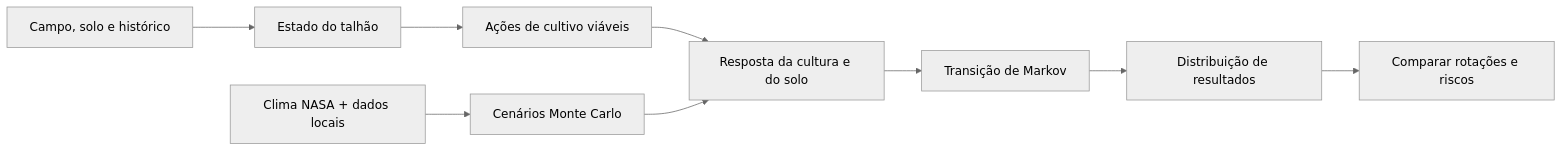
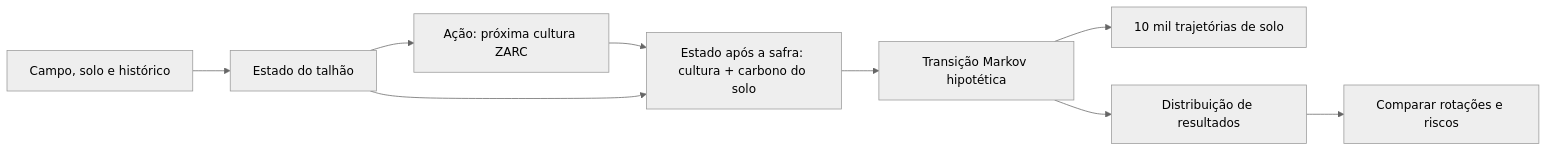
Before and after one commit to Gabriel-ASM/field-shift: the diagram in README.md, drawn with Mermaid (neutral theme). The commit also changed other lines of this file and 15 other files, not shown here.

````diff
--- a/README.md
+++ b/README.md
@@ -17,11 +17,11 @@
 ```mermaid
 flowchart LR
     A[Campo, solo e histórico] --> S[Estado do talhão]
-    B[Clima NASA + dados locais] --> M[Cenários Monte Carlo]
-    S --> D[Ações de cultivo viáveis]
-    D --> R[Resposta da cultura e do solo]
-    M --> R
-    R --> T[Transição de Markov]
+    S --> D[Ação: próxima cultura ZARC]
+    D --> R[Estado após a safra: cultura + carbono do solo]
+    S --> R
+    R --> T[Transição Markov hipotética]
+    T --> M[10 mil trajetórias de solo]
     T --> O[Distribuição de resultados]
     O --> C[Comparar rotações e riscos]
 ```
````
